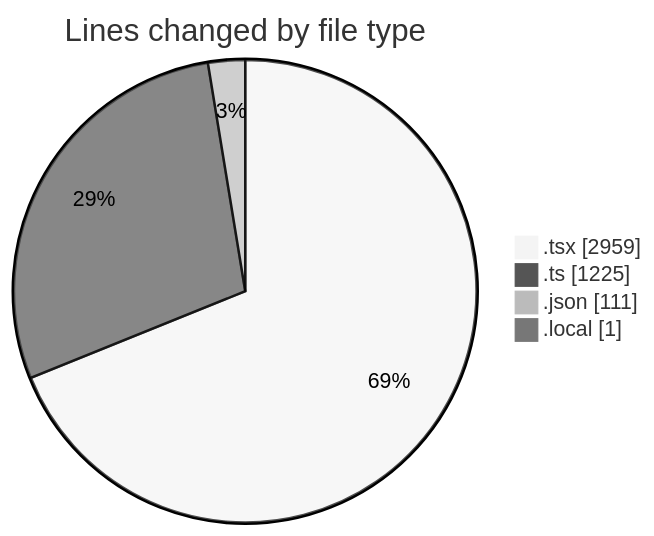
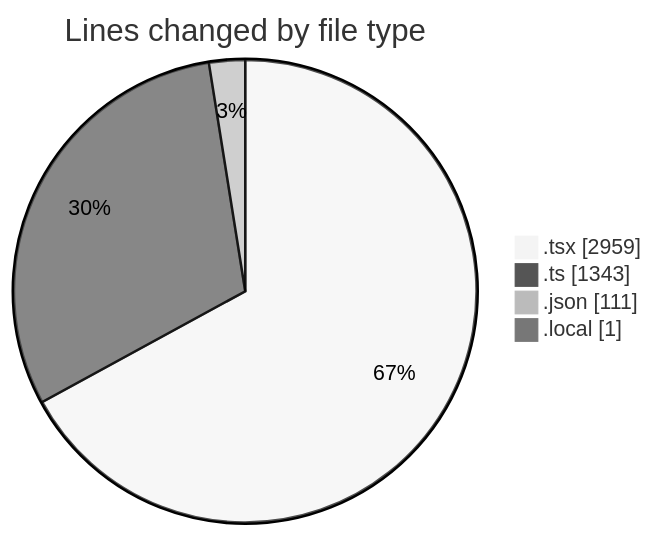
Before and after one commit to julien-gomy/code-tracking: the first of 2 diagrams in 2025-11-08/eventscop-frontend-guide__workspace_/README.md, drawn with Mermaid (neutral theme). The commit also changed other lines of this file and 1 other file, not shown here.

````diff
--- a/2025-11-08/eventscop-frontend-guide__workspace_/README.md
+++ b/2025-11-08/eventscop-frontend-guide__workspace_/README.md
@@ -59,8 +60,8 @@
 ```mermaid
 pie showData
 title Lines changed by file type
 ".tsx" : 2959
-".ts" : 1225
+".ts" : 1343
 ".json" : 111
 ".local" : 1
 ```
````
